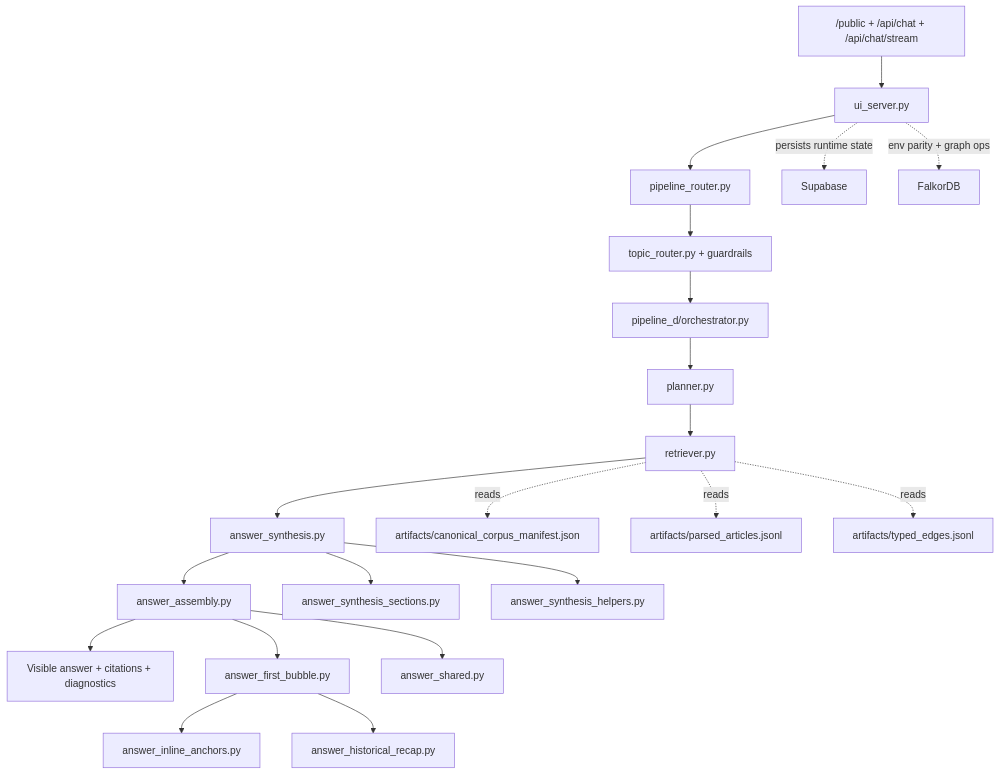
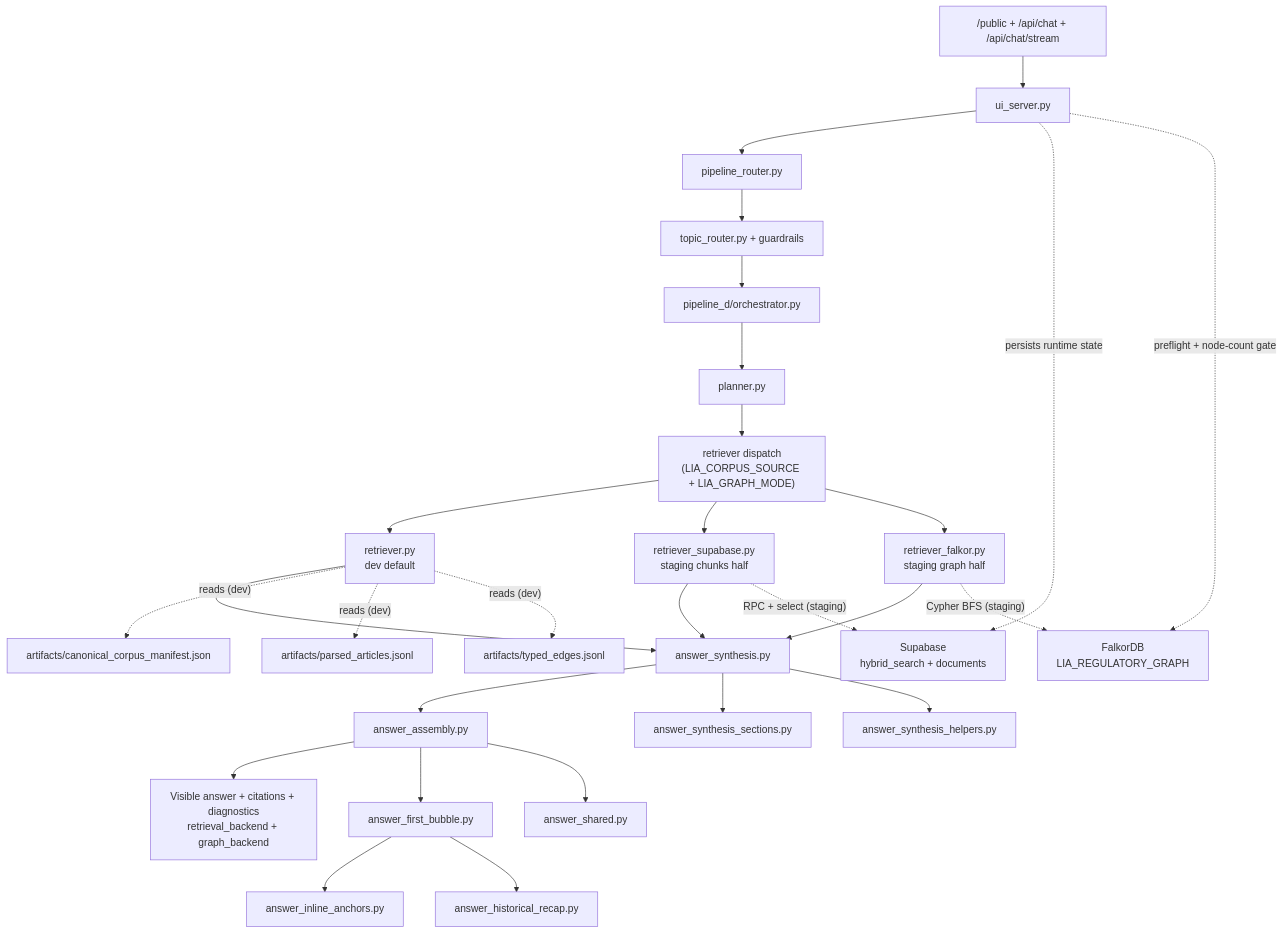
One commit to avas888/LIA_Graph changed the second of 3 diagrams in docs/guide/orchestration.md. Above: the diagram before and after it, drawn with Mermaid. The commit also changed other lines of this file and 84 other files, not shown here.

````diff
--- a/docs/guide/orchestration.md
+++ b/docs/guide/orchestration.md
@@ -414,25 +426,32 @@
 ```mermaid
 flowchart TD
     A["/public + /api/chat + /api/chat/stream"] --> B["ui_server.py"]
     B --> C["pipeline_router.py"]
     C --> D["topic_router.py + guardrails"]
     D --> E["pipeline_d/orchestrator.py"]
     E --> F["planner.py"]
-    F --> G["retriever.py"]
-    G --> H["answer_synthesis.py"]
+    F --> G["retriever dispatch<br/>(LIA_CORPUS_SOURCE + LIA_GRAPH_MODE)"]
+    G --> G1["retriever.py<br/>dev default"]
+    G --> G2["retriever_supabase.py<br/>staging chunks half"]
+    G --> G3["retriever_falkor.py<br/>staging graph half"]
+    G1 --> H["answer_synthesis.py"]
+    G2 --> H
+    G3 --> H
     H --> I["answer_assembly.py"]
-    I --> J["Visible answer + citations + diagnostics"]
+    I --> J["Visible answer + citations + diagnostics<br/>retrieval_backend + graph_backend"]
 
     H --> K["answer_synthesis_sections.py"]
     H --> L["answer_synthesis_helpers.py"]
     I --> M["answer_first_bubble.py"]
     I --> N["answer_shared.py"]
     M --> O["answer_inline_anchors.py"]
     M --> P["answer_historical_recap.py"]
 
-    G -. reads .-> Q["artifacts/canonical_corpus_manifest.json"]
-    G -. reads .-> R["artifacts/parsed_articles.jsonl"]
-    G -. reads .-> S["artifacts/typed_edges.jsonl"]
-    B -. persists runtime state .-> T["Supabase"]
-    B -. env parity + graph ops .-> U["FalkorDB"]
+    G1 -. reads (dev) .-> Q["artifacts/canonical_corpus_manifest.json"]
+    G1 -. reads (dev) .-> R["artifacts/parsed_articles.jsonl"]
+    G1 -. reads (dev) .-> S["artifacts/typed_edges.jsonl"]
+    G2 -. RPC + select (staging) .-> T["Supabase<br/>hybrid_search + documents"]
+    G3 -. Cypher BFS (staging) .-> U["FalkorDB<br/>LIA_REGULATORY_GRAPH"]
+    B -. persists runtime state .-> T
+    B -. preflight + node-count gate .-> U
 ```
````
